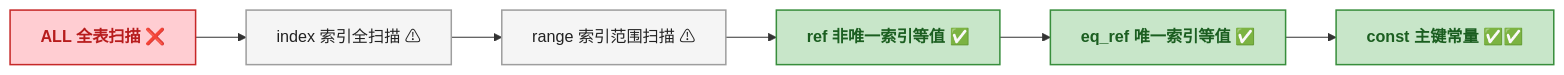
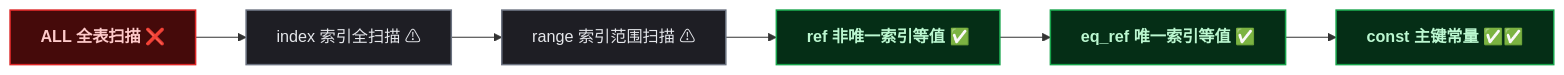
The diagram in content/posts/mysql/MysqlPracticalOptimization.md (yaocat55/yaocat55.github.io), drawn with Mermaid before and after one commit. The commit also changed 155 other files, not shown here.

````diff
--- a/content/posts/mysql/MysqlPracticalOptimization.md
+++ b/content/posts/mysql/MysqlPracticalOptimization.md
@@ -79,18 +79,18 @@
 ```mermaid
 flowchart LR
     ALL_desc["ALL 全表扫描 ❌"] --> INDEX_desc["index 索引全扫描 ⚠"]
     INDEX_desc --> RANGE_desc["range 索引范围扫描 ⚠"]
     RANGE_desc --> REF_desc["ref 非唯一索引等值 ✅"]
     REF_desc --> EQREF_desc["eq_ref 唯一索引等值 ✅"]
     EQREF_desc --> CONST_desc["const 主键常量 ✅✅"]
 
-    classDef startEnd fill:#F48FB1,stroke:#C2185B,stroke-width:2px,color:#212121,font-weight:bold
-    classDef process fill:#F5F5F5,stroke:#9E9E9E,stroke-width:1.5px,color:#212121
-    classDef data fill:#C8E6C9,stroke:#388E3C,stroke-width:1.5px,color:#1B5E20,font-weight:bold
-    classDef reject fill:#FFCDD2,stroke:#C62828,stroke-width:1.5px,color:#B71C1C,font-weight:bold
+classDef startEnd fill:#701a4c,stroke:#e11d48,stroke-width:2px,color:#fce7f3,font-weight:bold;
+classDef process fill:#1e1e24,stroke:#6b7280,stroke-width:1.5px,color:#e5e7eb;
+classDef data fill:#052e16,stroke:#16a34a,stroke-width:1.5px,color:#bbf7d0,font-weight:bold;
+classDef reject fill:#450a0a,stroke:#dc2626,stroke-width:1.5px,color:#fecaca,font-weight:bold;
 
     class ALL_desc reject
     class INDEX_desc,RANGE_desc process
     class REF_desc,EQREF_desc data
     class CONST_desc data
 ```
````
